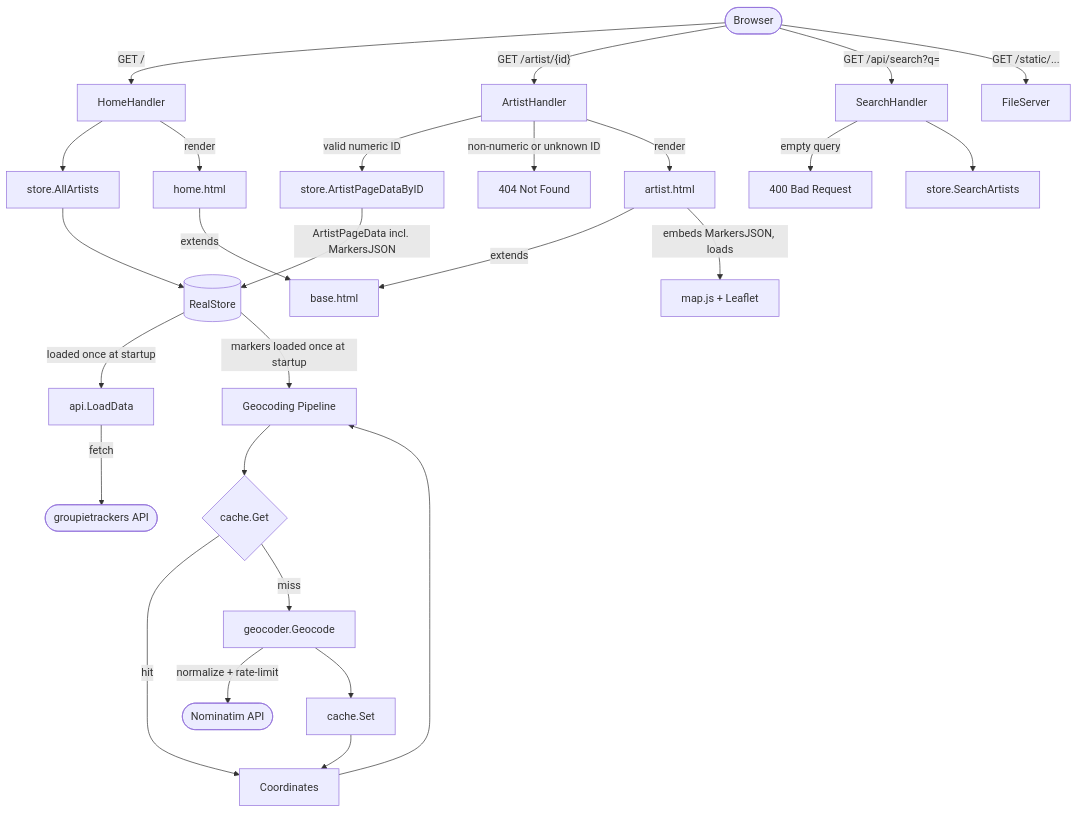
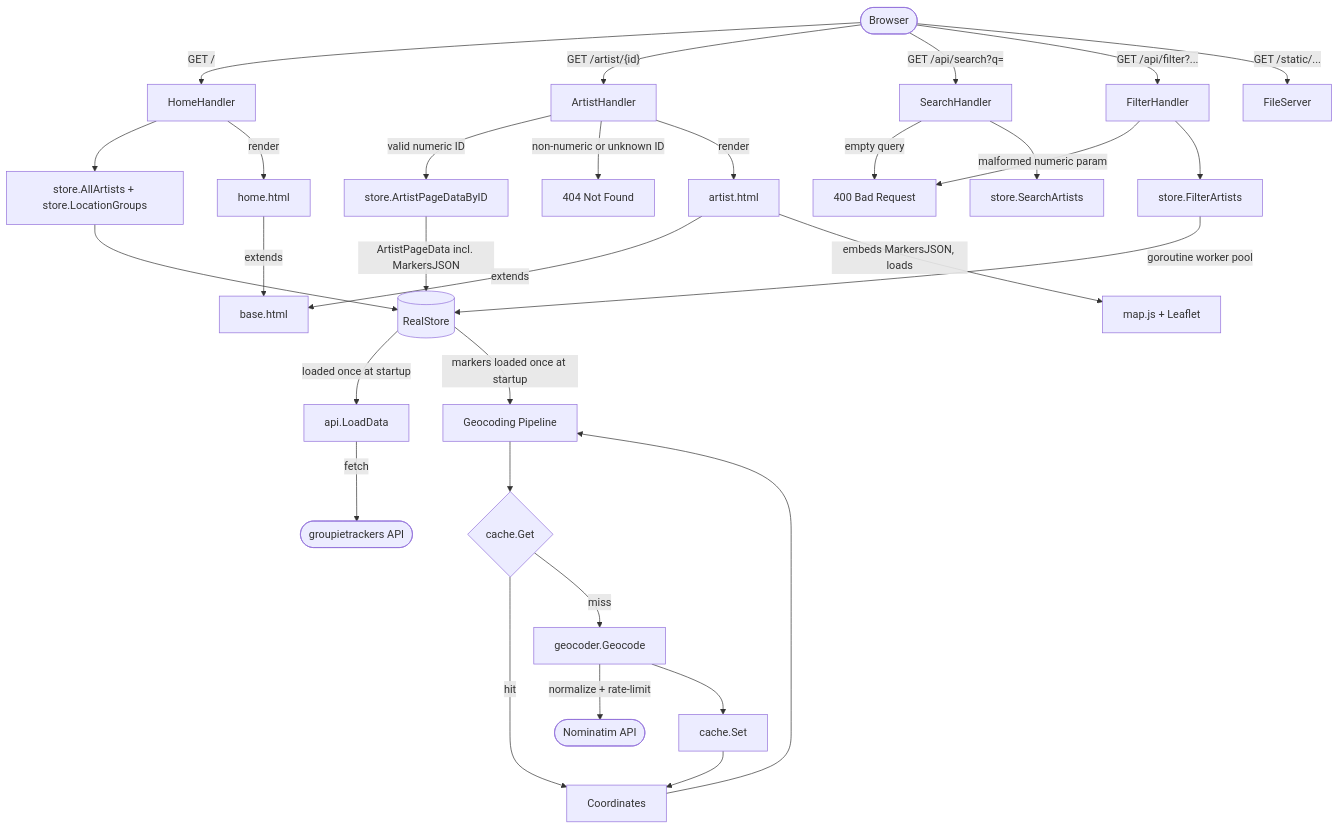
One commit to teovaira/groupie-tracker-filters changed the first of 3 diagrams in DIAGRAMS.md. Above: the diagram before and after it, drawn with Mermaid. The commit also changed other lines of this file, not shown here.

Commit message:
docs(diagrams): add /api/filter to application flow and rewrite search sequence diagram

````diff
--- a/DIAGRAMS.md
+++ b/DIAGRAMS.md
@@ -5,36 +5,40 @@
 ```mermaid
 flowchart TD
     A([Browser]) -->|GET /| B[HomeHandler]
     A -->|"GET /artist/{id}"| C[ArtistHandler]
     A -->|"GET /api/search?q="| D[SearchHandler]
+    A -->|"GET /api/filter?..."| Y[FilterHandler]
     A -->|"GET /static/..."| E[FileServer]
 
-    B --> F[store.AllArtists]
+    B --> F[store.AllArtists + store.LocationGroups]
     C -->|valid numeric ID| G[store.ArtistPageDataByID]
     C -->|non-numeric or unknown ID| Q[404 Not Found]
     D -->|empty query| P[400 Bad Request]
     D --> H[store.SearchArtists]
+    Y -->|malformed numeric param| P
+    Y --> Z[store.FilterArtists]
 
     F --> I[(RealStore)]
     G -->|ArtistPageData incl. MarkersJSON| I
+    Z -->|goroutine worker pool| I
 
     I -->|loaded once at startup| J[api.LoadData]
     J -->|fetch| K([groupietrackers API])
 
     I -->|markers loaded once at startup| R[Geocoding Pipeline]
     R --> S{cache.Get}
     S -->|hit| T[Coordinates]
     S -->|miss| U[geocoder.Geocode]
     U -->|normalize + rate-limit| V([Nominatim API])
     U --> W[cache.Set]
     W --> T
     T --> R
 
     B -->|render| L[home.html]
     C -->|render| M[artist.html]
 
     L -->|extends| N[base.html]
     M -->|extends| N
 
     M -->|embeds MarkersJSON, loads| X[map.js + Leaflet]
 ```
````
